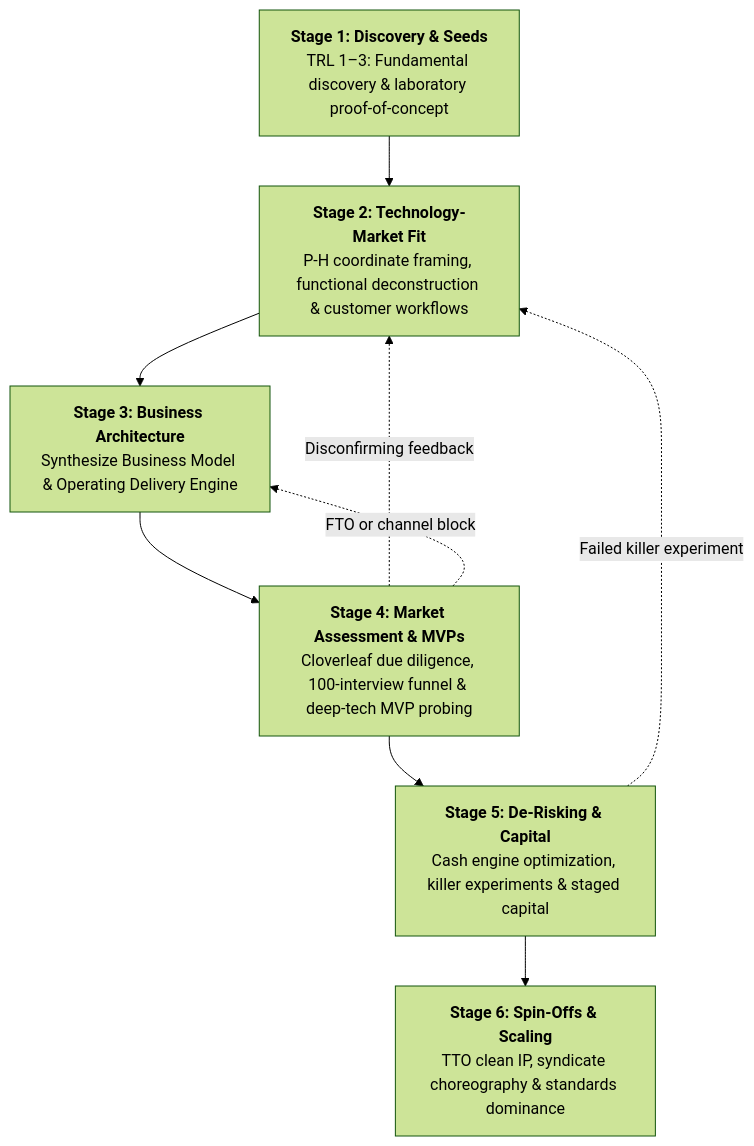
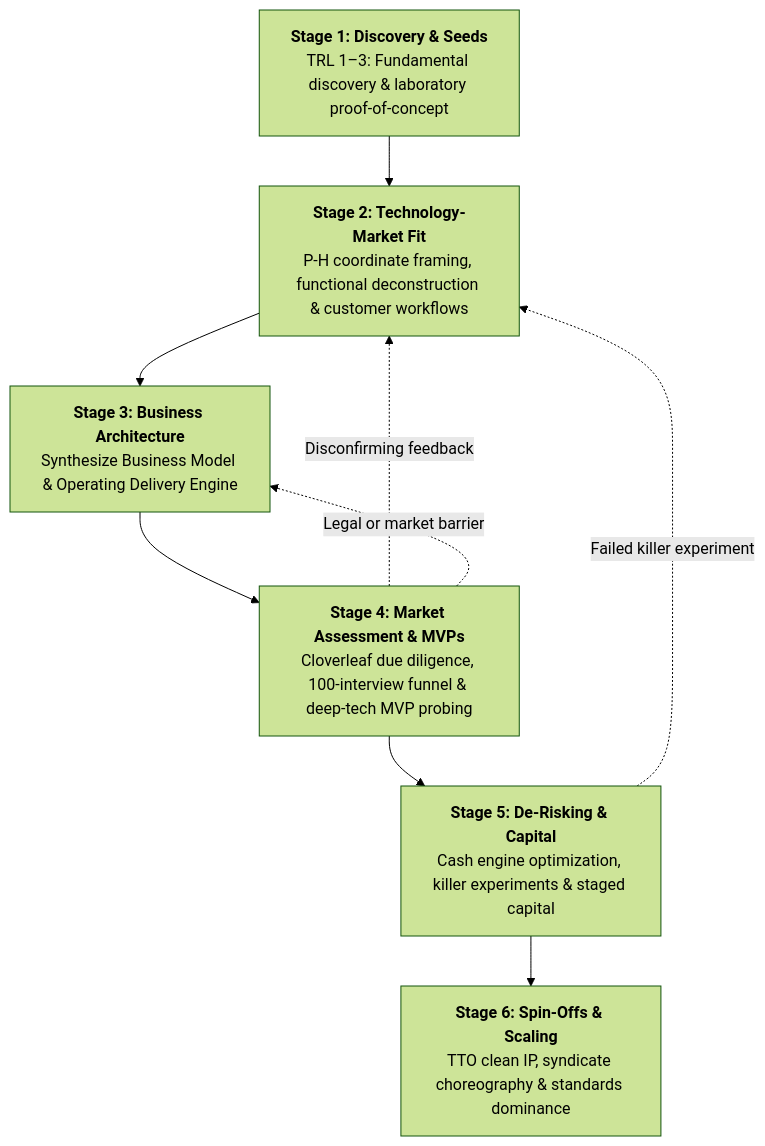
Before and after one commit to nghuyenthevinh2000/innovation-research: the diagram in vite-book/stages/index.md, drawn with Mermaid (forest theme).

Commit message:
docs(stages): simplify diagram label to 'Legal or market barrier'

````diff
--- a/vite-book/stages/index.md
+++ b/vite-book/stages/index.md
@@ -12,15 +12,15 @@
 ```mermaid
 flowchart TD
     S1["<b>Stage 1: Discovery & Seeds</b><br/>TRL 1–3: Fundamental discovery & laboratory proof-of-concept"]
     S2["<b>Stage 2: Technology-Market Fit</b><br/>P-H coordinate framing, functional deconstruction & customer workflows"]
     S3["<b>Stage 3: Business Architecture</b><br/>Synthesize Business Model & Operating Delivery Engine"]
     S4["<b>Stage 4: Market Assessment & MVPs</b><br/>Cloverleaf due diligence, 100-interview funnel & deep-tech MVP probing"]
     S5["<b>Stage 5: De-Risking & Capital</b><br/>Cash engine optimization, killer experiments & staged capital"]
     S6["<b>Stage 6: Spin-Offs & Scaling</b><br/>TTO clean IP, syndicate choreography & standards dominance"]
 
     S1 --> S2 --> S3 --> S4 --> S5 --> S6
 
     S4 -.->|"Disconfirming feedback"| S2
-    S4 -.->|"FTO or channel block"| S3
+    S4 -.->|"Legal or market barrier"| S3
     S5 -.->|"Failed killer experiment"| S2
 ```
````
